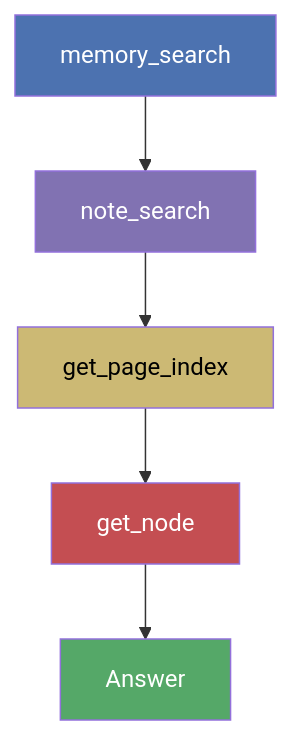
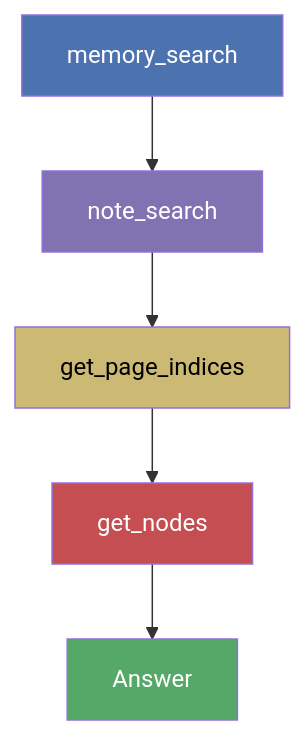
Before and after one commit to JasperHG90/memex: the second of 6 diagrams in docs/reference/evaluation-report.md, drawn with Mermaid. The commit also changed other lines of this file and 9 other files, not shown here.

````diff
--- a/docs/reference/evaluation-report.md
+++ b/docs/reference/evaluation-report.md
@@ -127,12 +141,12 @@
 ```mermaid
 graph TD
     A[memory_search] --> B[note_search]
-    B --> C[get_page_index]
-    C --> D[get_node]
+    B --> C[get_page_indices]
+    C --> D[get_nodes]
     D --> E[Answer]
     style A fill:#4C72B0,color:white
     style B fill:#8172B2,color:white
     style C fill:#CCB974,color:black
     style D fill:#C44E52,color:white
     style E fill:#55A868,color:white
 ```
````
